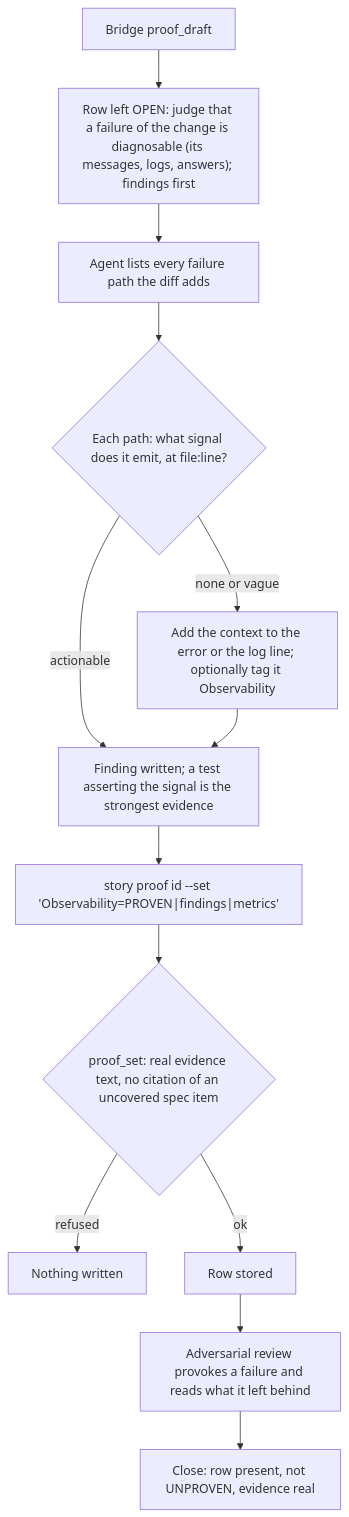
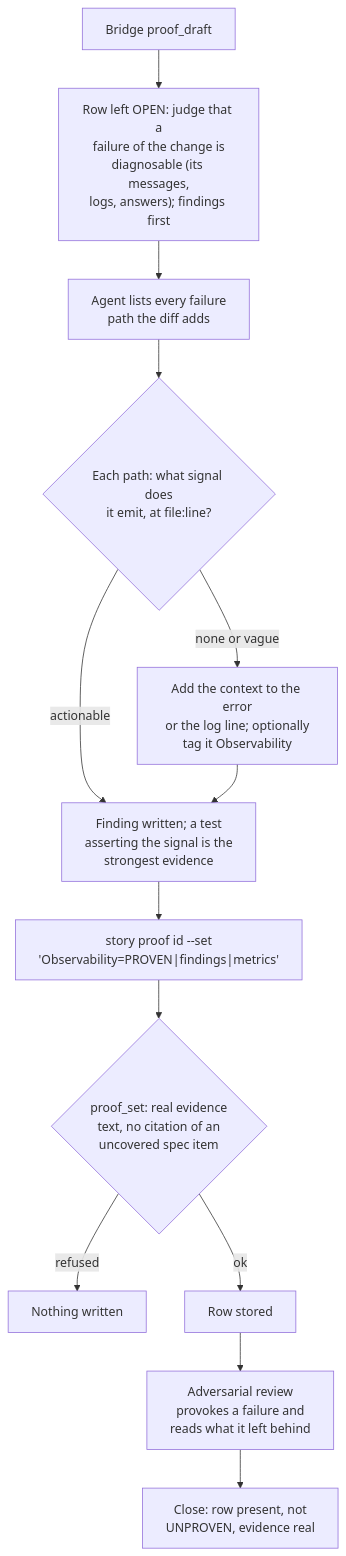
One commit to DogmaSolutions/Kyklos changed the diagram in docs/PROOF_DIMENSION_OBSERVABILITY.md. Above: the diagram before and after it, drawn with Mermaid. The commit also changed 38 other files, not shown here.

````diff
--- a/docs/PROOF_DIMENSION_OBSERVABILITY.md
+++ b/docs/PROOF_DIMENSION_OBSERVABILITY.md
@@ -30,15 +30,15 @@
 ```mermaid
 flowchart TD
-    A["Bridge proof_draft"] --> B["Row left OPEN: judge that a failure of the change is diagnosable (its messages, logs, answers); findings first"]
-    B --> C["Agent lists every failure path the diff adds"]
-    C --> D{"Each path: what signal does it emit, at file:line?"}
-    D -->|"none or vague"| E["Add the context to the error or the log line; optionally tag it Observability"]
-    D -->|"actionable"| F["Finding written; a test asserting the signal is the strongest evidence"]
+    A["Bridge proof_draft"] --> B["Row left OPEN: judge that a<br/>failure of the change is<br/>diagnosable (its messages,<br/>logs, answers); findings first"]
+    B --> C["Agent lists every failure<br/>path the diff adds"]
+    C --> D{"Each path: what signal does<br/>it emit, at file:line?"}
+    D -->|"none or vague"| E["Add the context to the error<br/>or the log line; optionally<br/>tag it Observability"]
+    D -->|"actionable"| F["Finding written; a test<br/>asserting the signal is the<br/>strongest evidence"]
     E --> F
-    F --> G["story proof id --set 'Observability=PROVEN|findings|metrics'"]
-    G --> H{"proof_set: real evidence text, no citation of an uncovered spec item"}
+    F --> G["story proof id --set<br/>'Observability=PROVEN|findings|metrics'"]
+    G --> H{"proof_set: real evidence<br/>text, no citation of an<br/>uncovered spec item"}
     H -->|"refused"| X["Nothing written"]
     H -->|"ok"| S["Row stored"]
-    S --> R["Adversarial review provokes a failure and reads what it left behind"]
-    R --> Z["Close: row present, not UNPROVEN, evidence real"]
+    S --> R["Adversarial review<br/>provokes a failure and<br/>reads what it left behind"]
+    R --> Z["Close: row present, not<br/>UNPROVEN, evidence real"]
 ```
````
